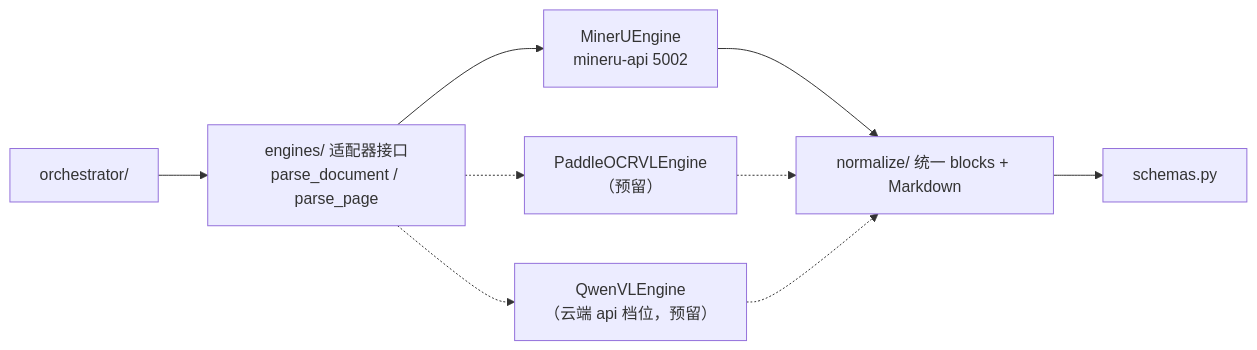
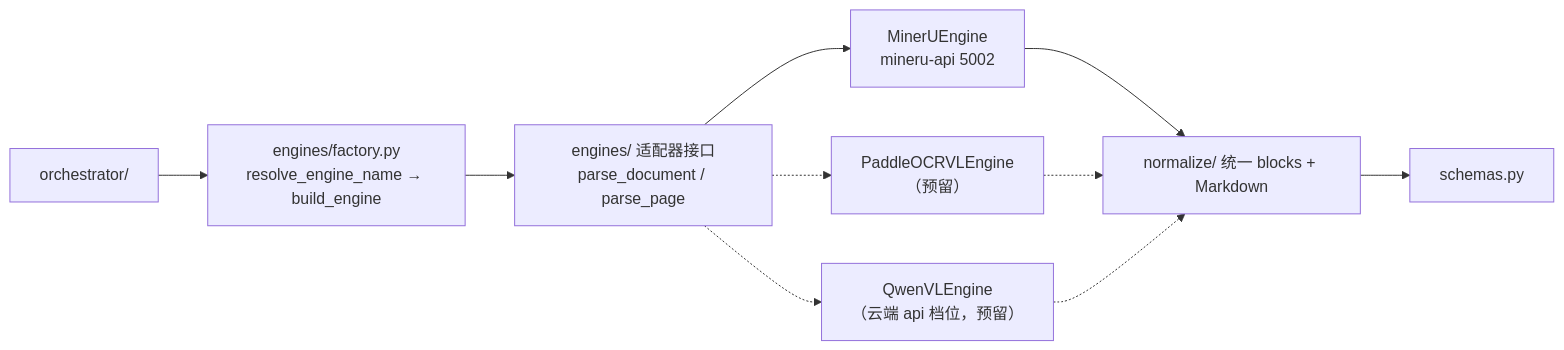
The diagram in docs/design/model-integration.md (swfswf1234/Axiom-Flow), drawn with Mermaid before and after one commit. The commit also changed other lines of this file and 51 other files, not shown here.

````diff
--- a/docs/design/model-integration.md
+++ b/docs/design/model-integration.md
@@ -58,11 +59,12 @@
 ```mermaid
 flowchart LR
-    OR["orchestrator/"] --> ADP["engines/ 适配器接口<br/>parse_document / parse_page"]
+    OR["orchestrator/"] --> FAC["engines/factory.py<br/>resolve_engine_name → build_engine"]
+    FAC --> ADP["engines/ 适配器接口<br/>parse_document / parse_page"]
     ADP --> M["MinerUEngine<br/>mineru-api 5002"]
     ADP -.-> P["PaddleOCRVLEngine<br/>（预留）"]
     ADP -.-> Q["QwenVLEngine<br/>（云端 api 档位，预留）"]
     M --> NRM["normalize/ 统一 blocks + Markdown"]
     P -.-> NRM
     Q -.-> NRM
     NRM --> SCH["schemas.py"]
 ```
````
